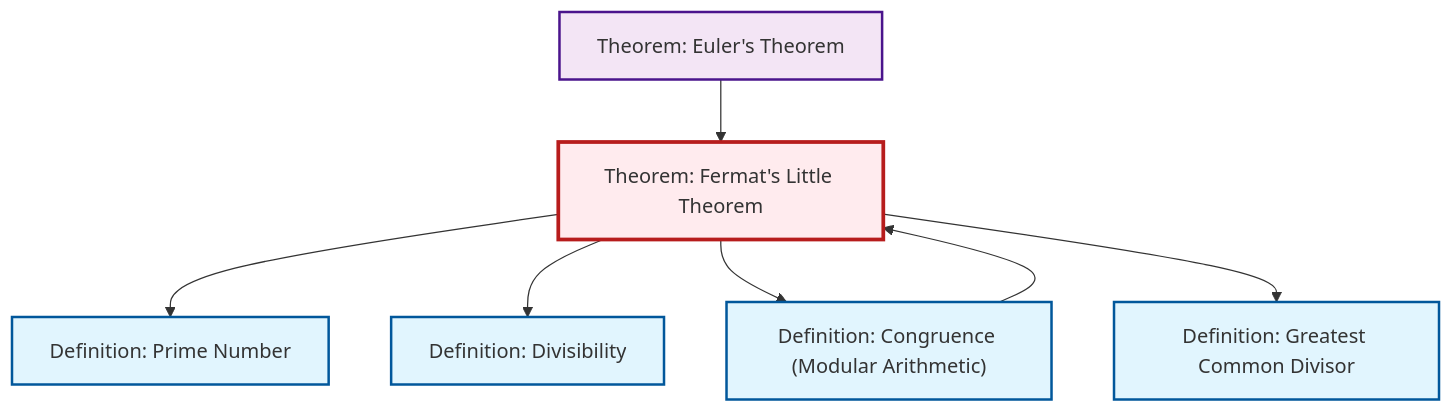
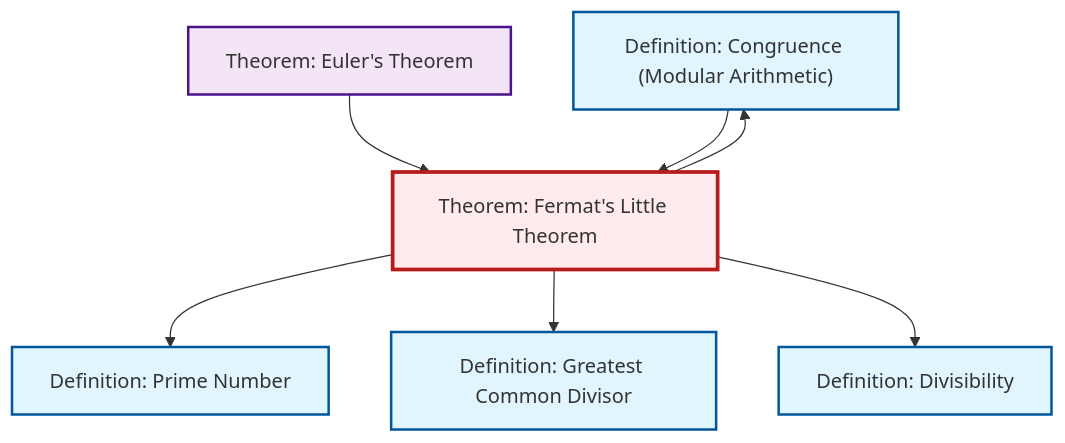
The diagram in content/en/number-theory/thm-fermat-little.qmd (RK0429/ModernMath), drawn with Mermaid before and after one commit. The commit also changed other lines of this file and 1069 other files, not shown here.

````diff
--- a/content/en/number-theory/thm-fermat-little.qmd
+++ b/content/en/number-theory/thm-fermat-little.qmd
@@ -90,27 +90,27 @@
 ```{mermaid}
 %%| fig-cap: "Local dependency graph"
 graph TD
     classDef definition fill:#e1f5fe,stroke:#01579b,stroke-width:2px
     classDef theorem fill:#f3e5f5,stroke:#4a148c,stroke-width:2px
     classDef axiom fill:#fff3e0,stroke:#e65100,stroke-width:2px
     classDef example fill:#e8f5e9,stroke:#1b5e20,stroke-width:2px
     classDef current fill:#ffebee,stroke:#b71c1c,stroke-width:3px
+    def-congruence["Definition: Congruence (Modular Arithmetic)"]:::definition
+    def-divisibility["Definition: Divisibility"]:::definition
+    thm-euler["Theorem: Euler's Theorem"]:::theorem
     thm-fermat-little["Theorem: Fermat's Little Theorem"]:::theorem
     def-gcd["Definition: Greatest Common Divisor"]:::definition
-    def-divisibility["Definition: Divisibility"]:::definition
-    thm-euler["Theorem: Euler's Theorem"]:::theorem
     def-prime["Definition: Prime Number"]:::definition
-    def-congruence["Definition: Congruence (Modular Arithmetic)"]:::definition
+    thm-fermat-little --> def-prime
+    thm-fermat-little --> def-gcd
     thm-euler --> thm-fermat-little
-    thm-fermat-little --> def-prime
+    thm-fermat-little --> def-divisibility
     def-congruence --> thm-fermat-little
-    thm-fermat-little --> def-divisibility
     thm-fermat-little --> def-congruence
-    thm-fermat-little --> def-gcd
     class thm-fermat-little current
-    click def-gcd "def-gcd.html" "Go to Greatest Common Divisor definition"
+    click def-congruence "def-congruence.html" "Go to Congruence (Modular Arithmetic) definition"
     click def-divisibility "def-divisibility.html" "Go to Divisibility definition"
     click thm-euler "thm-euler.html" "Go to Euler's Theorem theorem"
+    click def-gcd "def-gcd.html" "Go to Greatest Common Divisor definition"
     click def-prime "def-prime.html" "Go to Prime Number definition"
-    click def-congruence "def-congruence.html" "Go to Congruence (Modular Arithmetic) definition"
 ```
````
